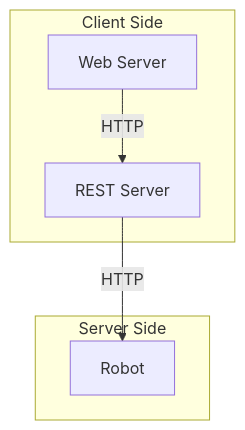
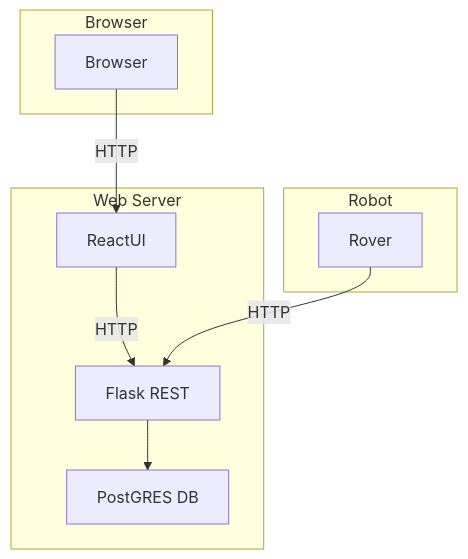
The diagram in diagrams/rover.md (MarkMavis26/starterlego), drawn with Mermaid before and after one commit. The commit also changed other lines of this file, not shown here.

Commit message:
diagram updates

````diff
--- a/diagrams/rover.md
+++ b/diagrams/rover.md
@@ -7,10 +7,16 @@
 ```mermaid
 graph TD
-    subgraph Client Side
-        A[Web Server] -- HTTP --> B[REST Server]
+    subgraph Web Server
+        D[PostGRES]
+        A[Flask REST]--> D[PostGRES DB]
+        B[React UI]-- HTTP --> A[Flask REST]
     end
     
-    subgraph Server Side
-        B[REST Server] -- HTTP --> C[Robot]
+    subgraph Robot
+        C[Rover] -- HTTP --> A[Flask REST]
+    end
+    
+    subgraph Browser
+        E[Browser] -- HTTP --> B[ReactUI]
     end
 ```
````
